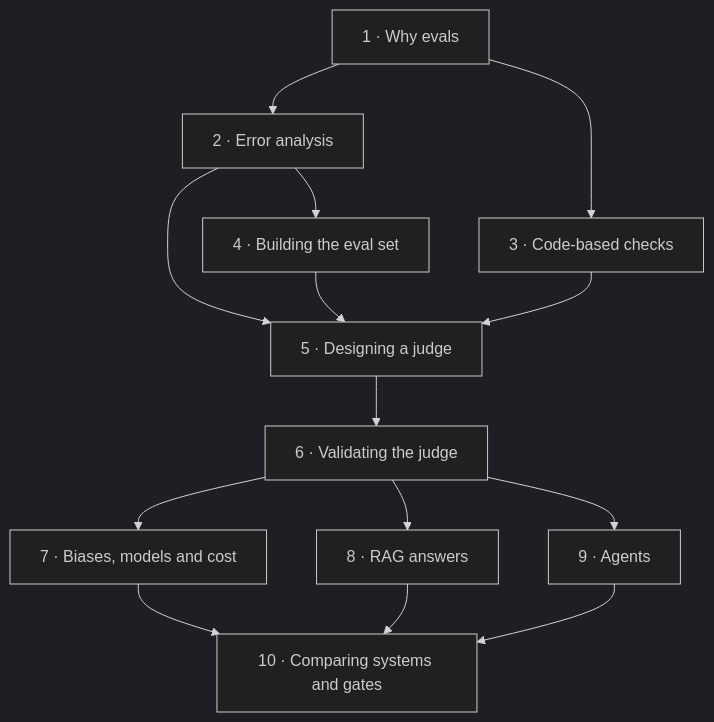
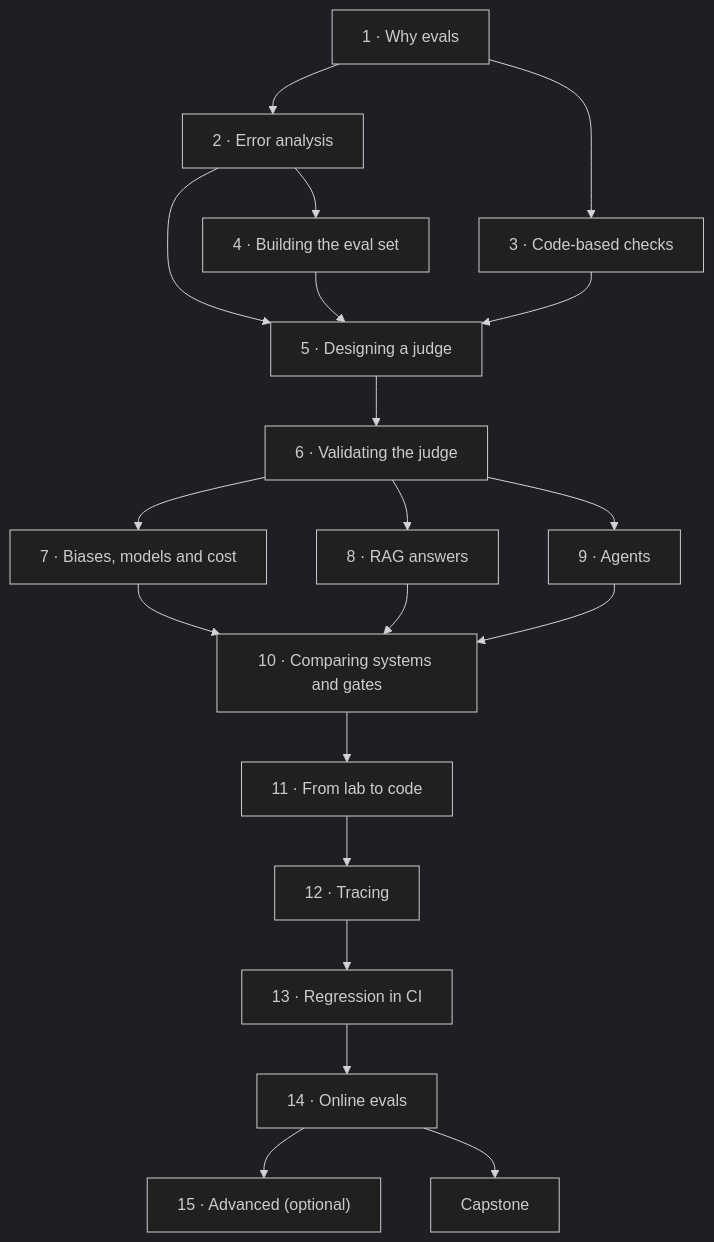
The diagram in COURSE-MAP.md (tal-giladi/llm-evals-course), drawn with Mermaid (dark theme) before and after one commit. The commit also changed other lines of this file and 24 other files, not shown here.

First line of the commit message:
Add Module 11: from lab to code

````diff
--- a/COURSE-MAP.md
+++ b/COURSE-MAP.md
@@ -56,16 +79,22 @@
 ```mermaid
 graph TD
   M1[1 · Why evals] --> M2[2 · Error analysis]
   M1 --> M3[3 · Code-based checks]
   M2 --> M4[4 · Building the eval set]
   M2 --> M5[5 · Designing a judge]
   M4 --> M5
   M3 --> M5
   M5 --> M6[6 · Validating the judge]
   M6 --> M7[7 · Biases, models and cost]
   M6 --> M8[8 · RAG answers]
   M6 --> M9[9 · Agents]
   M7 --> M10[10 · Comparing systems and gates]
   M8 --> M10
   M9 --> M10
+  M10 --> M11[11 · From lab to code]
+  M11 --> M12["12 · Tracing"]
+  M12 --> M13["13 · Regression in CI"]
+  M13 --> M14["14 · Online evals"]
+  M14 --> M15["15 · Advanced (optional)"]
+  M14 --> CAP["Capstone"]
 ```
````
